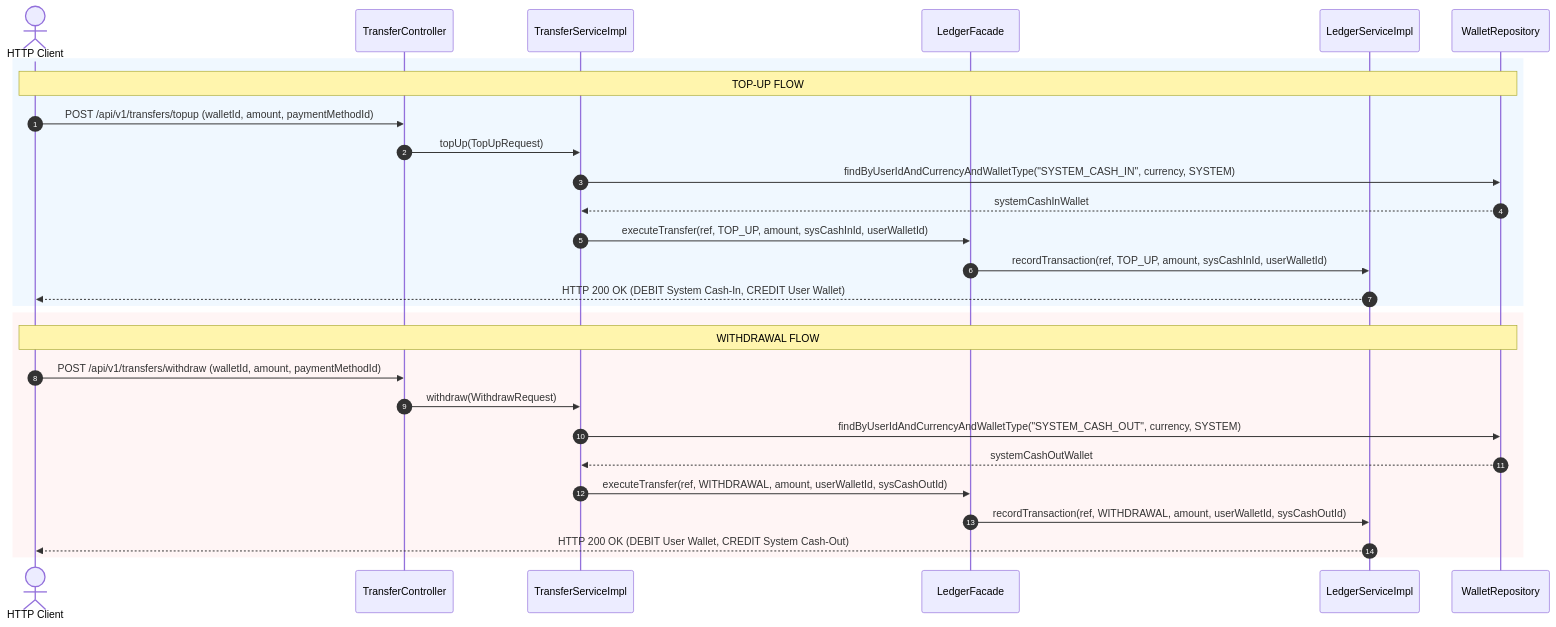
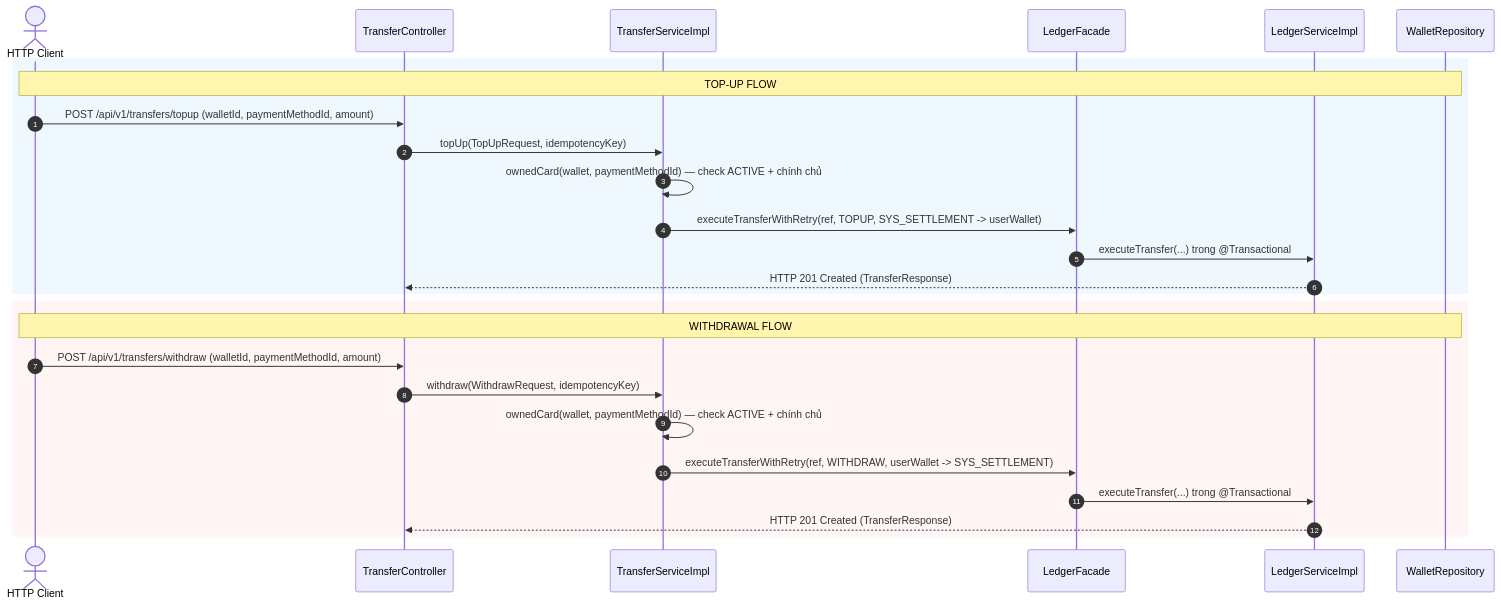
One commit to dducsw/mini-digital-wallet changed the fifth of 8 diagrams in docs/diagram/ledger.md. Above: the diagram before and after it, drawn with Mermaid. The commit also changed other lines of this file and 102 other files, not shown here.

````diff
--- a/docs/diagram/ledger.md
+++ b/docs/diagram/ledger.md
@@ -168,32 +162,30 @@
 ```mermaid
 sequenceDiagram
     autonumber
     actor Client as HTTP Client
     participant TC as TransferController
     participant TS as TransferServiceImpl
     participant LF as LedgerFacade
     participant LS as LedgerServiceImpl
     participant WR as WalletRepository
 
     rect rgb(240, 248, 255)
     Note over Client, WR: TOP-UP FLOW
-    Client->>TC: POST /api/v1/transfers/topup (walletId, amount, paymentMethodId)
-    TC->>TS: topUp(TopUpRequest)
-    TS->>WR: findByUserIdAndCurrencyAndWalletType("SYSTEM_CASH_IN", currency, SYSTEM)
-    WR-->>TS: systemCashInWallet
-    TS->>LF: executeTransfer(ref, TOP_UP, amount, sysCashInId, userWalletId)
-    LF->>LS: recordTransaction(ref, TOP_UP, amount, sysCashInId, userWalletId)
-    LS-->>Client: HTTP 200 OK (DEBIT System Cash-In, CREDIT User Wallet)
+    Client->>TC: POST /api/v1/transfers/topup (walletId, paymentMethodId, amount)
+    TC->>TS: topUp(TopUpRequest, idempotencyKey)
+    TS->>TS: ownedCard(wallet, paymentMethodId) — check ACTIVE + chính chủ
+    TS->>LF: executeTransferWithRetry(ref, TOPUP, SYS_SETTLEMENT -> userWallet)
+    LF->>LS: executeTransfer(...) trong @Transactional
+    LS-->>TC: HTTP 201 Created (TransferResponse)
     end
 
     rect rgb(255, 245, 245)
     Note over Client, WR: WITHDRAWAL FLOW
-    Client->>TC: POST /api/v1/transfers/withdraw (walletId, amount, paymentMethodId)
-    TC->>TS: withdraw(WithdrawRequest)
-    TS->>WR: findByUserIdAndCurrencyAndWalletType("SYSTEM_CASH_OUT", currency, SYSTEM)
-    WR-->>TS: systemCashOutWallet
-    TS->>LF: executeTransfer(ref, WITHDRAWAL, amount, userWalletId, sysCashOutId)
-    LF->>LS: recordTransaction(ref, WITHDRAWAL, amount, userWalletId, sysCashOutId)
-    LS-->>Client: HTTP 200 OK (DEBIT User Wallet, CREDIT System Cash-Out)
+    Client->>TC: POST /api/v1/transfers/withdraw (walletId, paymentMethodId, amount)
+    TC->>TS: withdraw(WithdrawRequest, idempotencyKey)
+    TS->>TS: ownedCard(wallet, paymentMethodId) — check ACTIVE + chính chủ
+    TS->>LF: executeTransferWithRetry(ref, WITHDRAW, userWallet -> SYS_SETTLEMENT)
+    LF->>LS: executeTransfer(...) trong @Transactional
+    LS-->>TC: HTTP 201 Created (TransferResponse)
     end
 ```
````
